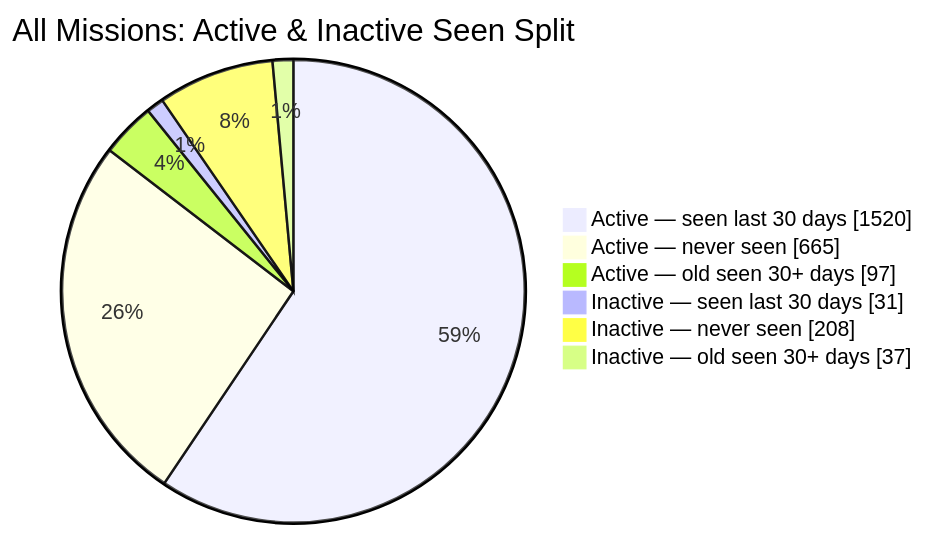
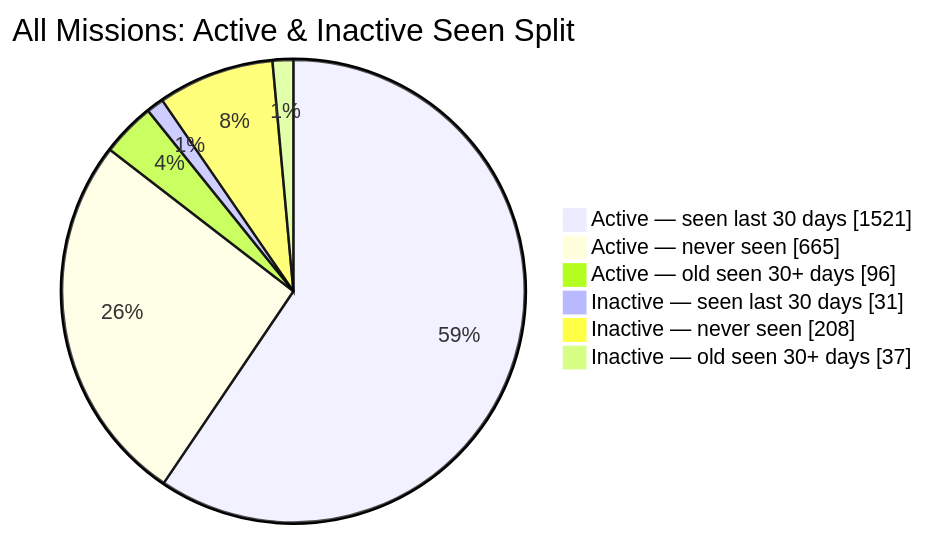
The second of 2 diagrams in README.md (MeldkamerspelGameTeam/active-missions), drawn with Mermaid before and after one commit. The commit also changed other lines of this file and 2 other files, not shown here.

````diff
--- a/README.md
+++ b/README.md
@@ -44,10 +44,10 @@
 ```mermaid
 pie showData
     title All Missions: Active & Inactive Seen Split
-    "Active — seen last 30 days" : 1520
+    "Active — seen last 30 days" : 1521
     "Active — never seen" : 665
-    "Active — old seen 30+ days" : 97
+    "Active — old seen 30+ days" : 96
     "Inactive — seen last 30 days" : 31
     "Inactive — never seen" : 208
     "Inactive — old seen 30+ days" : 37
 ```
````
